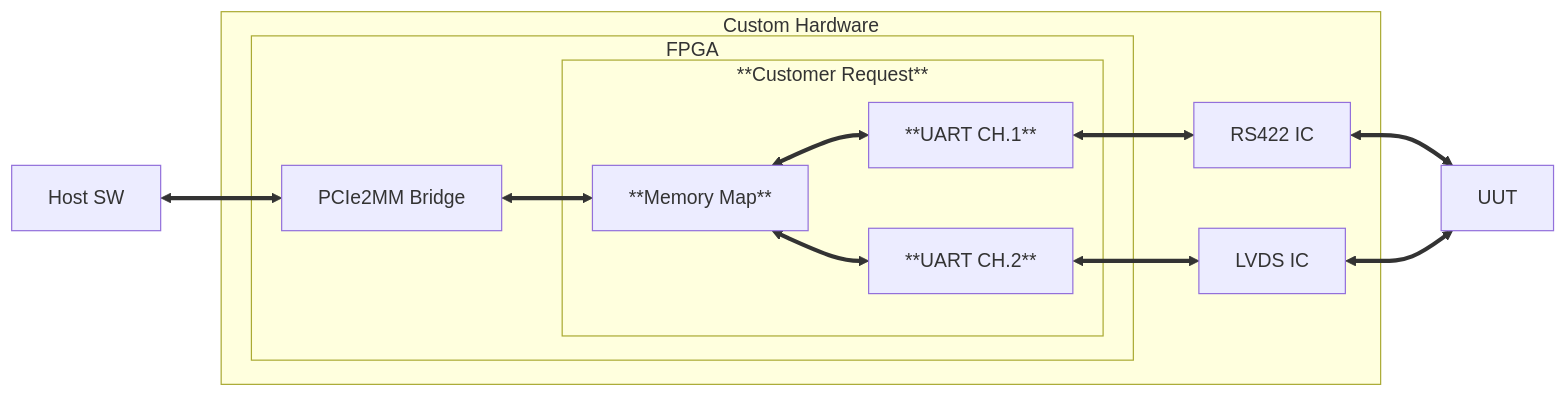
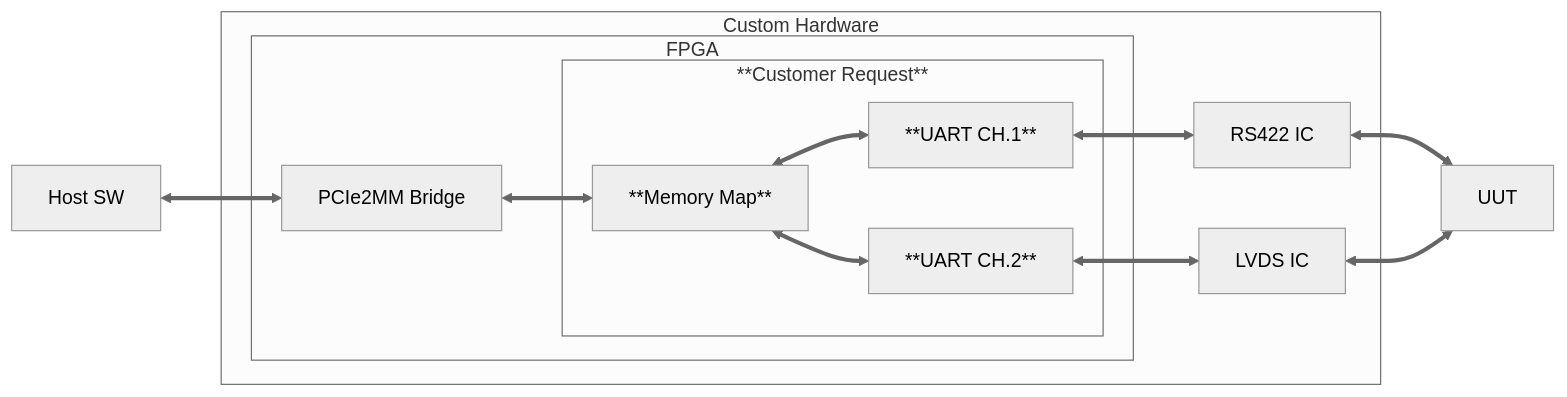
The diagram in docs/source/project/scope_of_work.rst (roajonny/common), drawn with Mermaid before and after one commit. The commit also changed 1 other file, not shown here.

Commit message:
Updates scope of work diagram colorscheme and fixes typo in memory map section

```diff
--- a/docs/source/project/scope_of_work.rst
+++ b/docs/source/project/scope_of_work.rst
@@ -26,17 +26,18 @@
 .. mermaid::
 
+   %%{init: {'theme':'neutral'}}%%
    flowchart LR
        host[Host SW] <==> a[PCIe2MM Bridge]
        subgraph Custom Hardware
            subgraph FPGA
                a[PCIe2MM Bridge] <==> b[**Memory Map**]
                subgraph **Customer Request**
                    b[**Memory Map**] <==> c[**UART CH.1**]
                    b[**Memory Map**] <==> d[**UART CH.2**]
                end
            end
        c[**UART CH.1**] <==> e[UUT]
        d[**UART CH.2**] <==> f[UUT]
        end
    e[RS422 IC] <==> g[UUT]
    f[LVDS IC]  <==> g[UUT]
```
